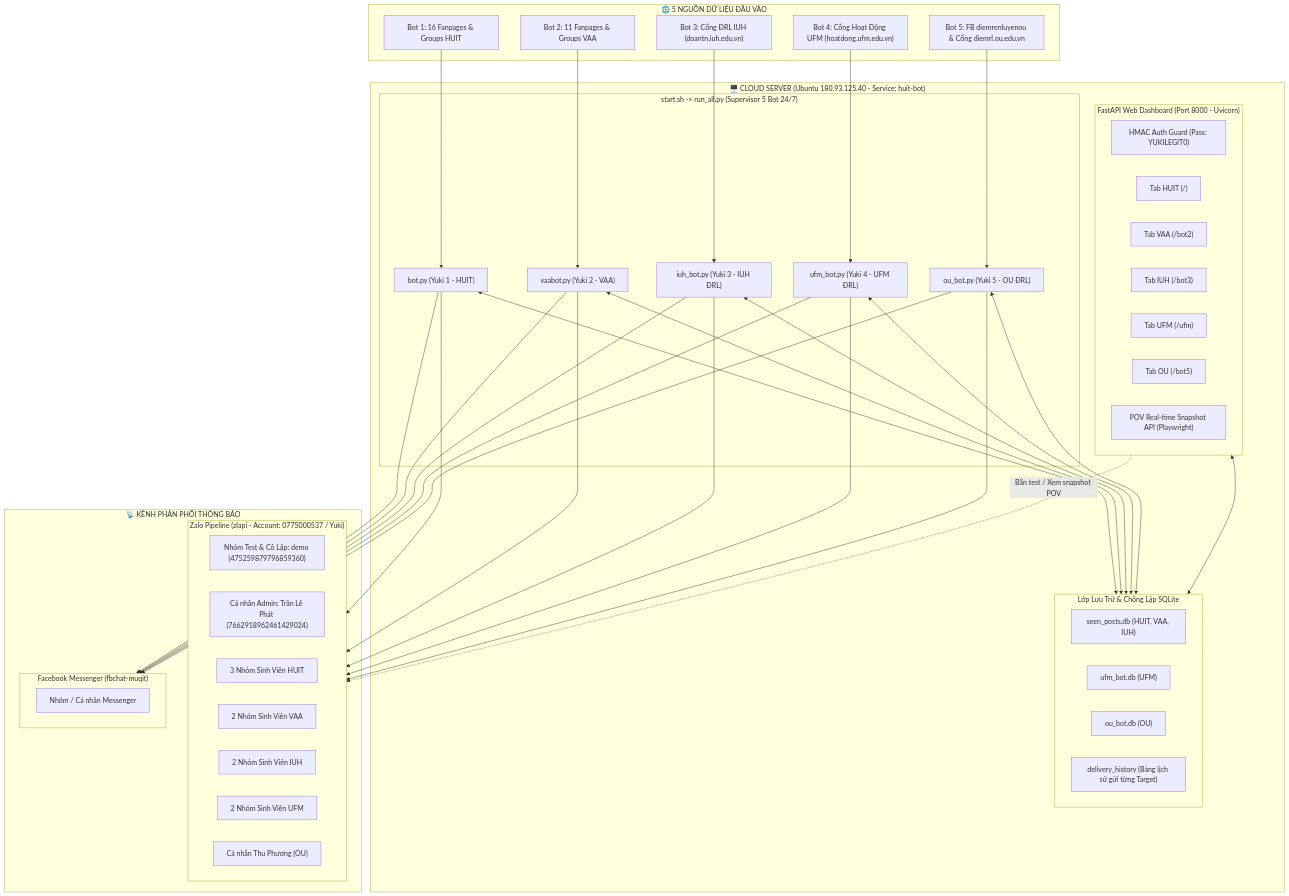
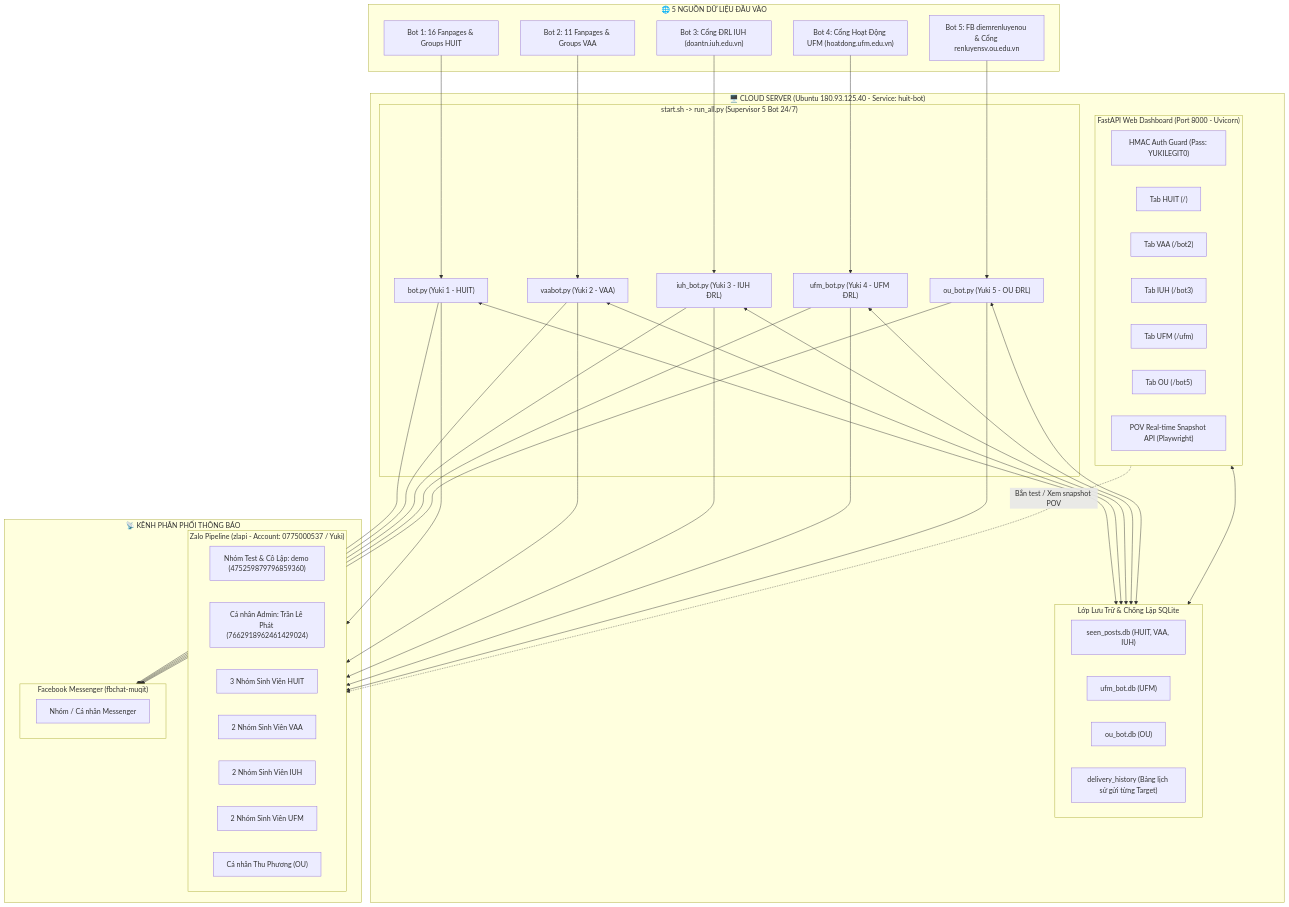
One commit to yukilegit11-creator/huit-bot changed the diagram in ARCHITECTURE.md. Above: the diagram before and after it, drawn with Mermaid. The commit also changed other lines of this file and 5 other files, not shown here.

Commit message:
Fix Bot 5 OU portal URL to renluyensv.ou.edu.vn and sync

````diff
--- a/ARCHITECTURE.md
+++ b/ARCHITECTURE.md
@@ -10,65 +10,65 @@
 ```mermaid
 flowchart TD
     subgraph DATA_SOURCES["🌐 5 NGUỒN DỮ LIỆU ĐẦU VÀO"]
         SRC_HUIT["Bot 1: 16 Fanpages & Groups HUIT"]
         SRC_VAA["Bot 2: 11 Fanpages & Groups VAA"]
         SRC_IUH["Bot 3: Cổng ĐRL IUH (doantn.iuh.edu.vn)"]
         SRC_UFM["Bot 4: Cổng Hoạt Động UFM (hoatdong.ufm.edu.vn)"]
-        SRC_OU["Bot 5: FB diemrenluyenou & Cổng diemrl.ou.edu.vn"]
+        SRC_OU["Bot 5: FB diemrenluyenou & Cổng renluyensv.ou.edu.vn"]
     end
 
     subgraph CLOUD_VPS["🖥️ CLOUD SERVER (Ubuntu 180.93.125.40 - Service: huit-bot)"]
         subgraph PROCESS_SUPERVISOR["start.sh -> run_all.py (Supervisor 5 Bot 24/7)"]
             P1["bot.py (Yuki 1 - HUIT)"]
             P2["vaabot.py (Yuki 2 - VAA)"]
             P3["iuh_bot.py (Yuki 3 - IUH ĐRL)"]
             P4["ufm_bot.py (Yuki 4 - UFM ĐRL)"]
             P5["ou_bot.py (Yuki 5 - OU ĐRL)"]
         end
 
         subgraph FASTAPI_WEB["FastAPI Web Dashboard (Port 8000 - Uvicorn)"]
             AUTH["HMAC Auth Guard (Pass: YUKILEGIT0)"]
             UI_HUIT["Tab HUIT (/)"]
             UI_VAA["Tab VAA (/bot2)"]
             UI_IUH["Tab IUH (/bot3)"]
             UI_UFM["Tab UFM (/ufm)"]
             UI_OU["Tab OU (/bot5)"]
             POV_API["POV Real-time Snapshot API (Playwright)"]
         end
 
         subgraph STORAGE_LAYER["Lớp Lưu Trữ & Chống Lặp SQLite"]
             DB_MAIN["seen_posts.db (HUIT, VAA, IUH)"]
             DB_UFM["ufm_bot.db (UFM)"]
             DB_OU["ou_bot.db (OU)"]
             DELIV_HIST["delivery_history (Bảng lịch sử gửi từng Target)"]
         end
     end
 
     subgraph DISPATCH_PIPELINE["📡 KÊNH PHÂN PHỐI THÔNG BÁO"]
         subgraph ZALO_NET["Zalo Pipeline (zlapi - Account: 0775000537 / Yuki)"]
             TARGET_DEMO["Nhóm Test & Cô Lập: demo (475259879796859360)"]
             TARGET_ADMIN["Cá nhân Admin: Trần Lê Phát (7662918962461429024)"]
             GROUPS_HUIT["3 Nhóm Sinh Viên HUIT"]
             GROUPS_VAA["2 Nhóm Sinh Viên VAA"]
             GROUPS_IUH["2 Nhóm Sinh Viên IUH"]
             GROUPS_UFM["2 Nhóm Sinh Viên UFM"]
             GROUPS_OU["Cá nhân Thu Phương (OU)"]
         end
 
         subgraph MSGR_NET["Facebook Messenger (fbchat-muqit)"]
             MSGR_TARGET["Nhóm / Cá nhân Messenger"]
         end
     end
 
     SRC_HUIT --> P1
     SRC_VAA --> P2
     SRC_IUH --> P3
     SRC_UFM --> P4
     SRC_OU --> P5
 
     P1 & P2 & P3 & P4 & P5 <--> STORAGE_LAYER
     P1 & P2 & P3 & P4 & P5 --> ZALO_NET & MSGR_NET
 
     FASTAPI_WEB <--> STORAGE_LAYER
     FASTAPI_WEB -.->|"Bắn test / Xem snapshot POV"| ZALO_NET
 ```
````
